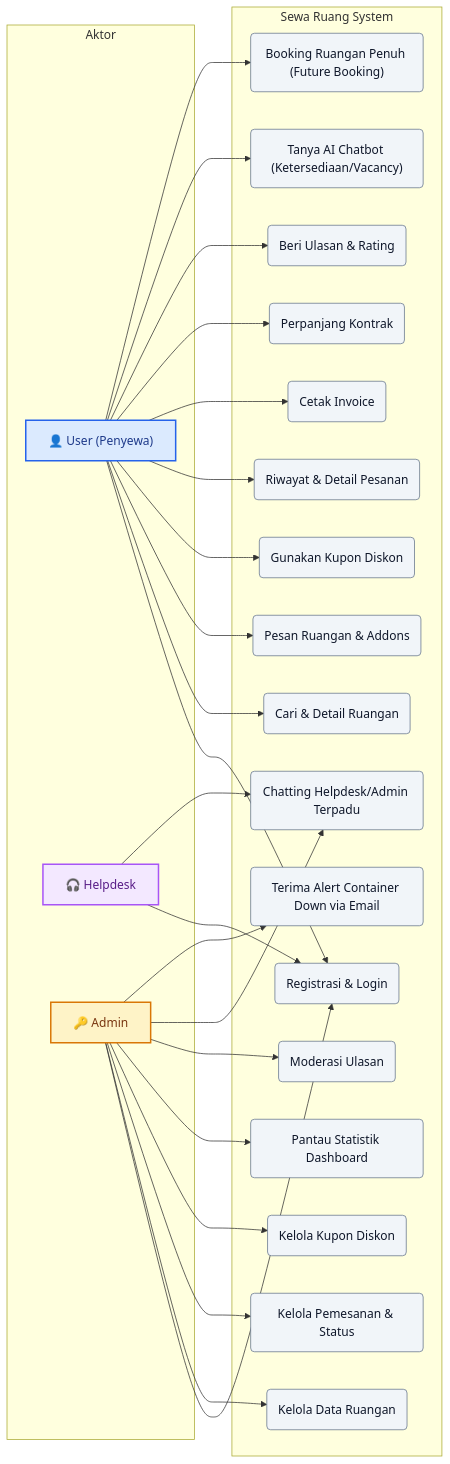
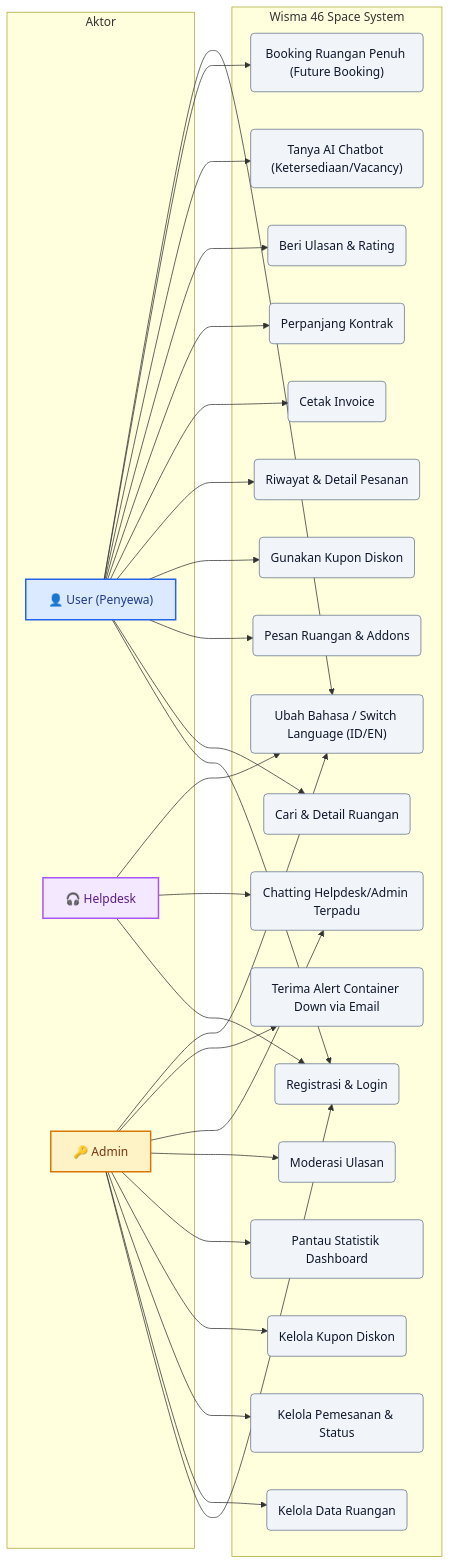
Before and after one commit to Fdlnahmd/w46space: the first of 5 diagrams in README.md, drawn with Mermaid. The commit also changed other lines of this file and 31 other files, not shown here.

````diff
--- a/README.md
+++ b/README.md
@@ -186,60 +187,64 @@
 ```mermaid
 graph LR
     subgraph Aktor
         U["👤 User (Penyewa)"]
         H["🎧 Helpdesk"]
         A["🔑 Admin"]
     end
 
-    subgraph "Sewa Ruang System"
+    subgraph "Wisma 46 Space System"
         UC1("Registrasi & Login")
         UC2("Cari & Detail Ruangan")
         UC3("Pesan Ruangan & Addons")
         UC4("Gunakan Kupon Diskon")
         UC5("Riwayat & Detail Pesanan")
         UC6("Cetak Invoice")
         UC7("Perpanjang Kontrak")
         UC8("Beri Ulasan & Rating")
         UC14("Tanya AI Chatbot (Ketersediaan/Vacancy)")
         UC15("Booking Ruangan Penuh (Future Booking)")
 
         UC9("Kelola Data Ruangan")
         UC10("Kelola Pemesanan & Status")
         UC11("Kelola Kupon Diskon")
         UC12("Pantau Statistik Dashboard")
         UC13("Moderasi Ulasan")
         UC16("Chatting Helpdesk/Admin Terpadu")
         UC17("Terima Alert Container Down via Email")
+        UC18("Ubah Bahasa / Switch Language (ID/EN)")
     end
 
     U --> UC1
     U --> UC2
     U --> UC3
     U --> UC4
     U --> UC5
     U --> UC6
     U --> UC7
     U --> UC8
     U --> UC14
     U --> UC15
+    U --> UC18
 
     H --> UC1
     H --> UC16
+    H --> UC18
 
     A --> UC1
     A --> UC9
     A --> UC10
     A --> UC11
     A --> UC12
     A --> UC13
     A --> UC16
     A --> UC17
+    A --> UC18
 
     %% Styling
     style U fill:#dbeafe,stroke:#2563eb,stroke-width:2px,color:#1e3a8a
     style H fill:#f3e8ff,stroke:#a855f7,stroke-width:2px,color:#581c87
     style A fill:#fef3c7,stroke:#d97706,stroke-width:2px,color:#78350f
 
     classDef usecase fill:#f1f5f9,stroke:#64748b,stroke-width:1px,color:#0f172a
-    class UC1,UC2,UC3,UC4,UC5,UC6,UC7,UC8,UC9,UC10,UC11,UC12,UC13,UC14,UC15,UC16,UC17 usecase
+    class UC1,UC2,UC3,UC4,UC5,UC6,UC7,UC8,UC9,UC10,UC11,UC12,UC13,UC14,UC15,UC16,UC17,UC18 usecase
 ```
````
